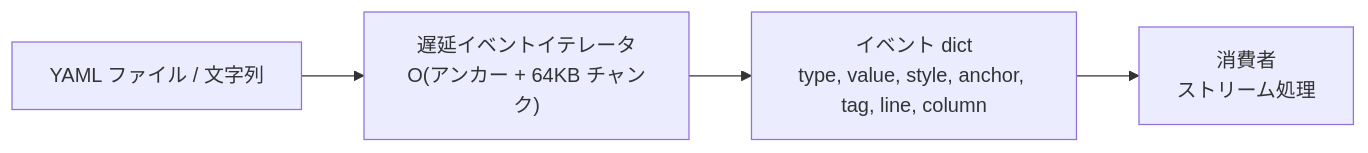
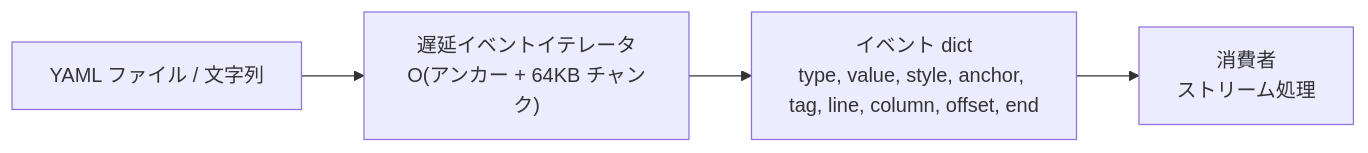
The diagram in docs/ja/guides/streaming.md (759401524/pyrs-yaml), drawn with Mermaid before and after one commit. The commit also changed other lines of this file and 19 other files, not shown here.

````diff
--- a/docs/ja/guides/streaming.md
+++ b/docs/ja/guides/streaming.md
@@ -23,6 +23,6 @@
 ```mermaid title="ストリーム解析のアーキテクチャ"
 graph LR
     A["YAML ファイル / 文字列"] --> B["遅延イベントイテレータ<br/>O(アンカー + 64KB チャンク)"]
-    B --> C["イベント dict<br/>type, value, style, anchor, tag, line, column"]
+    B --> C["イベント dict<br/>type, value, style, anchor, tag, line, column, offset, end"]
     C --> D["消費者<br/>ストリーム処理"]
 ```
````
